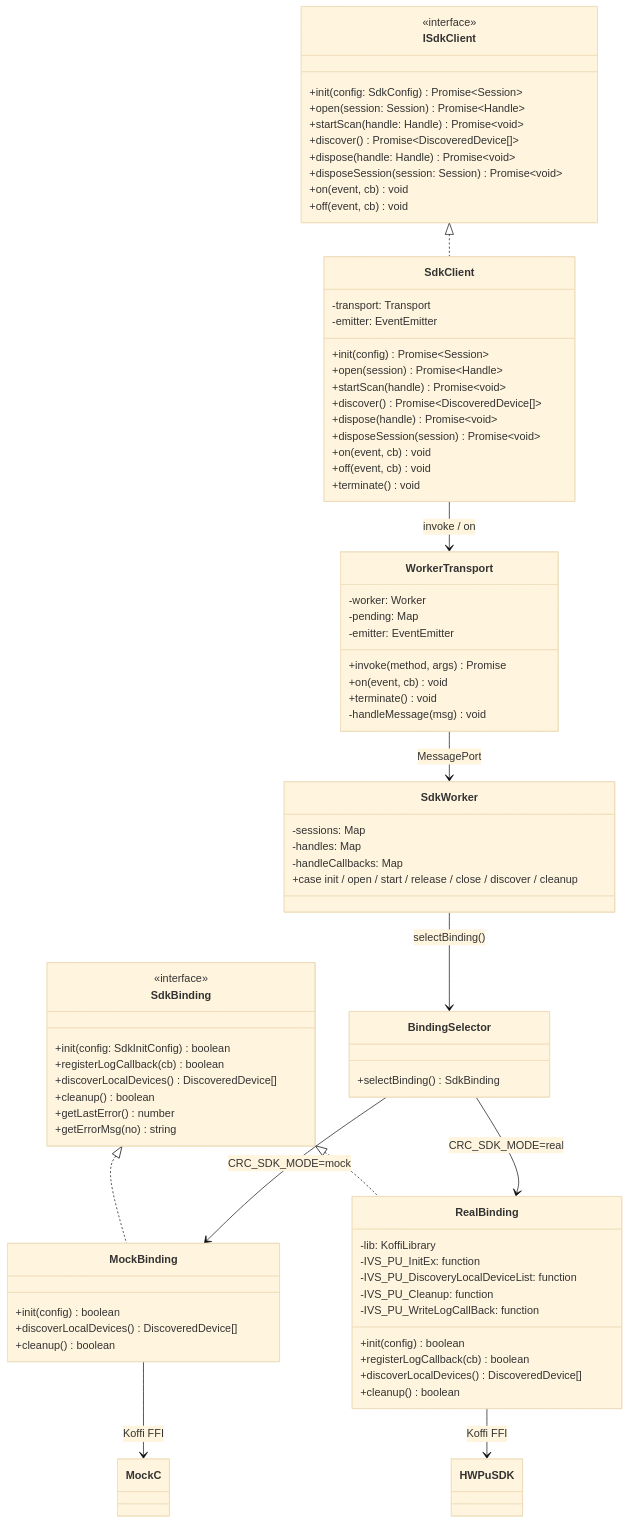
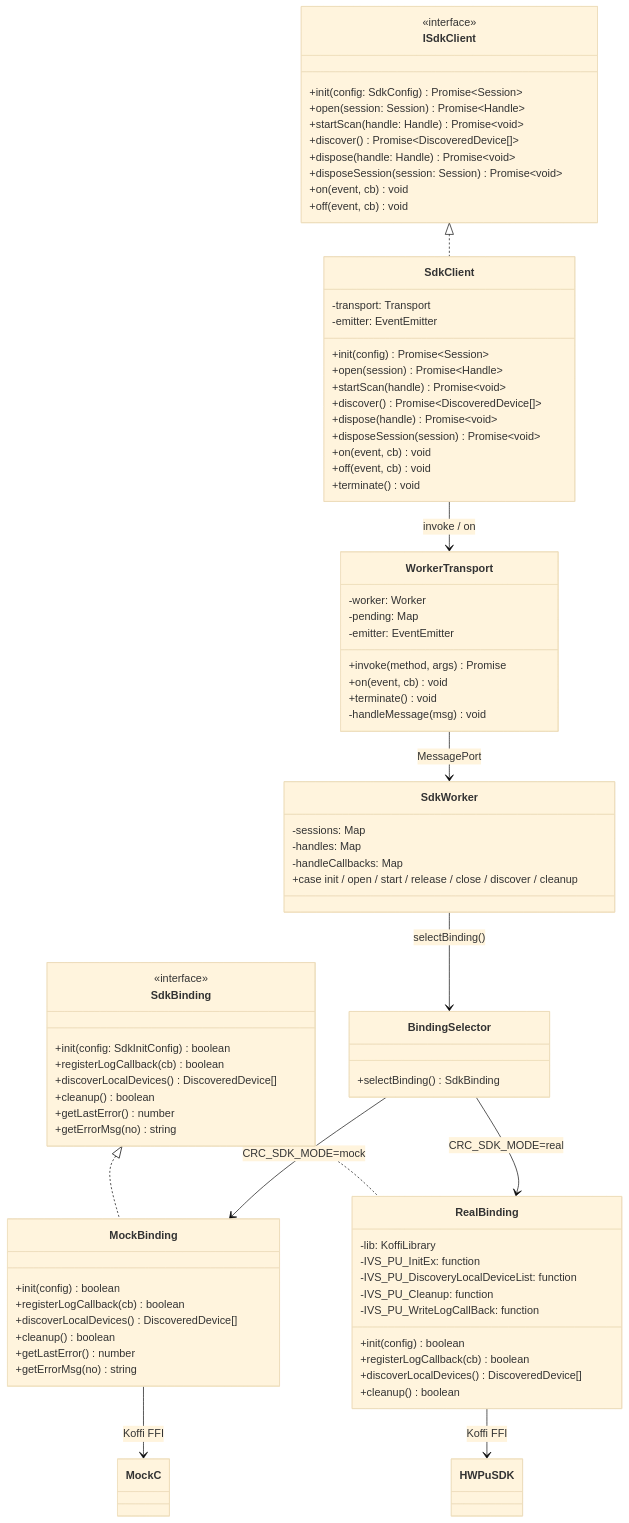
Before and after one commit to lupnfer/vue_with_csdk: the first of 12 diagrams in docs/architecture-diagrams.md, drawn with Mermaid (base theme). The commit also changed other lines of this file, not shown here.

First line of the commit message:
fix(docs): 修正架构图与代码的不一致

```diff
--- a/docs/architecture-diagrams.md
+++ b/docs/architecture-diagrams.md
@@ -44,8 +44,11 @@
 
     class MockBinding {
         +init(config) boolean
+        +registerLogCallback(cb) boolean
         +discoverLocalDevices() DiscoveredDevice[]
         +cleanup() boolean
+        +getLastError() number
+        +getErrorMsg(no) string
     }
 
     class RealBinding {
```
